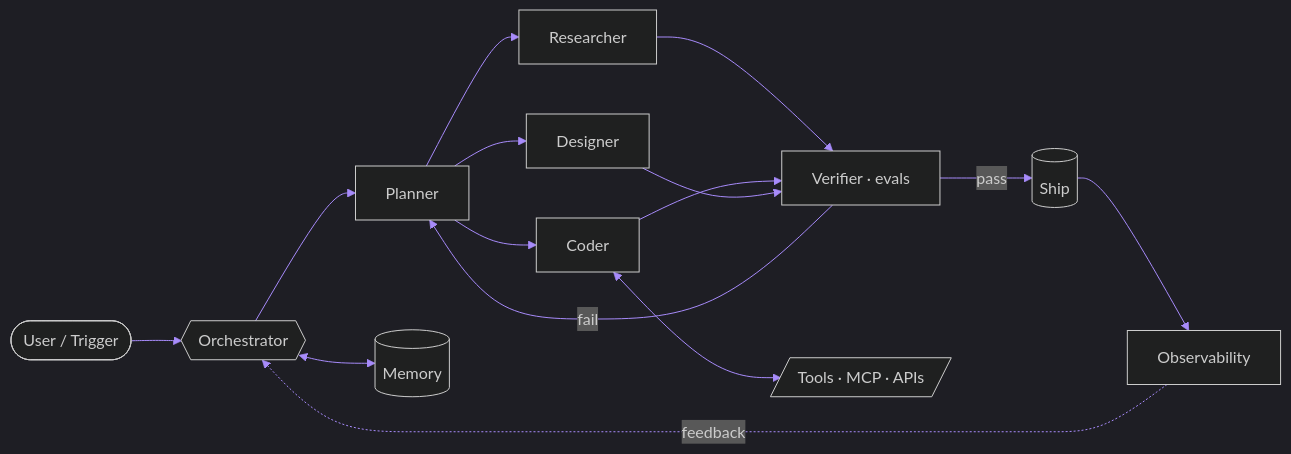
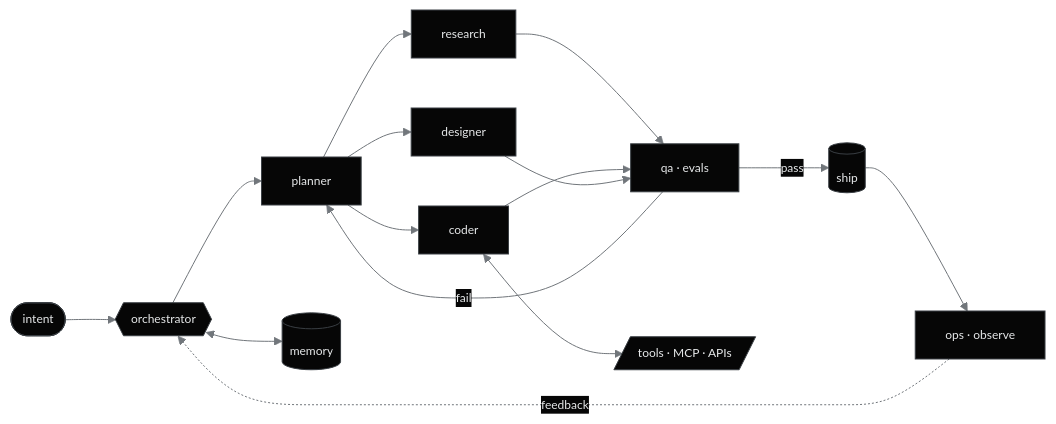
The diagram in README.md (UmairIqbal92/UmairIqbal92), drawn with Mermaid before and after one commit. The commit also changed other lines of this file and 24 other files, not shown here.

````diff
--- a/README.md
+++ b/README.md
@@ -90,16 +92,16 @@
 ```mermaid
-%%{init: {'theme':'dark','themeVariables':{'primaryColor':'#0b1020','primaryBorderColor':'#22d3ee','primaryTextColor':'#e2e8f0','lineColor':'#a78bfa','fontFamily':'JetBrains Mono, monospace'}}}%%
+%%{init: {'theme':'base','themeVariables':{'background':'#000000','primaryColor':'#060606','primaryBorderColor':'#3a3f44','primaryTextColor':'#e7e9ea','lineColor':'#71767b','secondaryColor':'#060606','tertiaryColor':'#060606','fontFamily':'JetBrains Mono, SF Mono, monospace','fontSize':'12px'}}}%%
 flowchart LR
-  U([User / Trigger]) --> O{{Orchestrator}}
-  O --> P[Planner]
-  P --> R[Researcher]
-  P --> C[Coder]
-  P --> D[Designer]
-  R & C & D --> V[Verifier · evals]
-  V -->|pass| S[(Ship)]
+  U([intent]) --> O{{orchestrator}}
+  O --> P[planner]
+  P --> R[research]
+  P --> C[coder]
+  P --> D[designer]
+  R & C & D --> V[qa · evals]
+  V -->|pass| S[(ship)]
   V -->|fail| P
-  O <--> M[(Memory)]
-  C <--> T[/Tools · MCP · APIs/]
-  S --> OB[Observability]
-  OB -.feedback.-> O
+  O <--> M[(memory)]
+  C <--> T[/tools · MCP · APIs/]
+  S --> OB[ops · observe]
+  OB -. feedback .-> O
 ```
````
